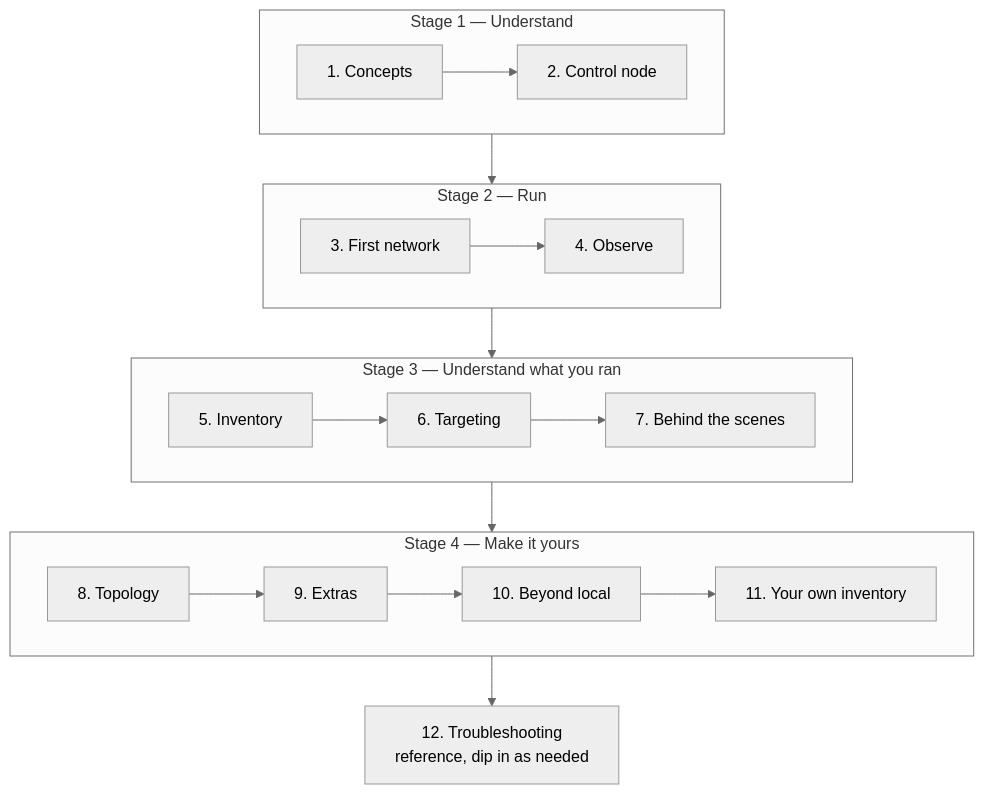
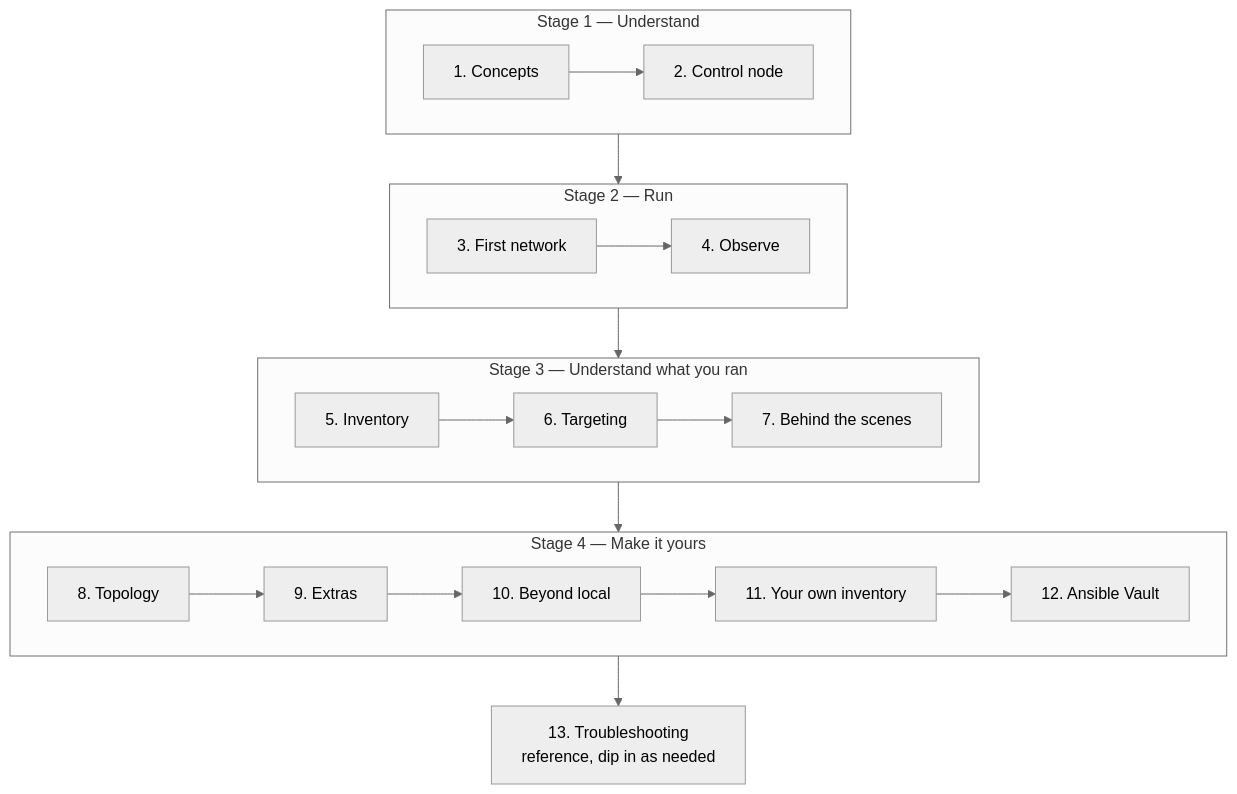
Before and after one commit to LF-Decentralized-Trust-labs/fabric-x-ansible-collection: the diagram in docs/tutorial/index.md, drawn with Mermaid (neutral theme). The commit also changed other lines of this file and 11 other files, not shown here.

````diff
--- a/docs/tutorial/index.md
+++ b/docs/tutorial/index.md
@@ -72,30 +73,31 @@
 ```mermaid
 flowchart TB
   subgraph LEARN["Stage 1 — Understand"]
     direction LR
     L1[1. Concepts] --> L2[2. Control node]
   end
 
   subgraph RUN["Stage 2 — Run"]
     direction LR
     L3[3. First network] --> L4[4. Observe]
   end
 
   subgraph READ["Stage 3 — Understand what you ran"]
     direction LR
     L5[5. Inventory] --> L6[6. Targeting]
     L6 --> L7[7. Behind the scenes]
   end
 
   subgraph CHANGE["Stage 4 — Make it yours"]
     direction LR
     L8[8. Topology] --> L9[9. Extras]
     L9 --> L10[10. Beyond local]
     L10 --> L11[11. Your own inventory]
+    L11 --> L12[12. Ansible Vault]
   end
 
   LEARN --> RUN
   RUN --> READ
   READ --> CHANGE
-  CHANGE --> L12[12. Troubleshooting<br/>reference, dip in as needed]
+  CHANGE --> L13[13. Troubleshooting<br/>reference, dip in as needed]
 ```
````
